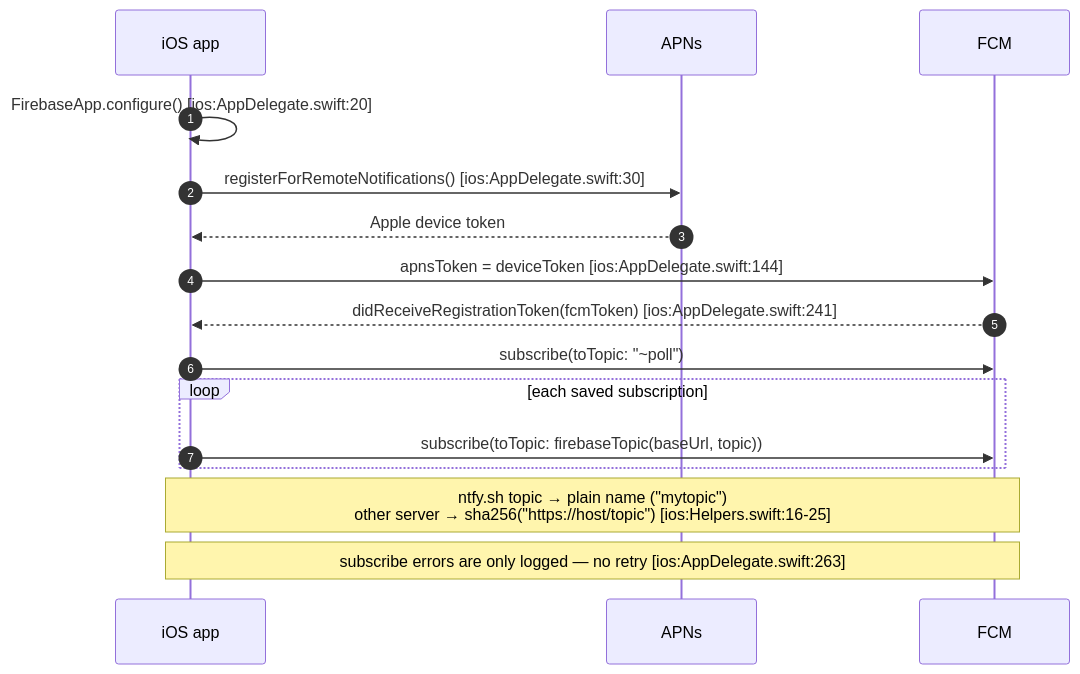
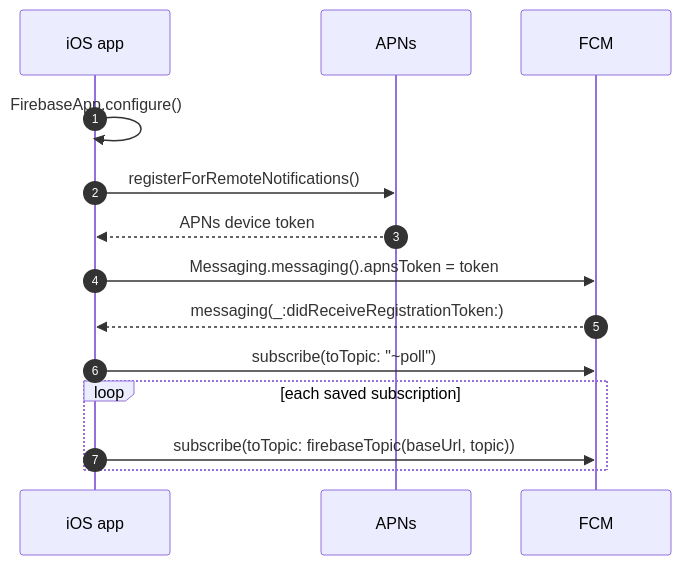
One commit to mbyrn1/ntfy-ios changed the first of 3 diagrams in docs/dev/architecture.md. Above: the diagram before and after it, drawn with Mermaid. The commit also changed other lines of this file and 3 other files, not shown here.

Commit message:
docs: keep only the code-backed push architecture, in neutral wording

````diff
--- a/docs/dev/architecture.md
+++ b/docs/dev/architecture.md
@@ -26,18 +23,16 @@
 ```mermaid
 sequenceDiagram
     autonumber
     participant App as iOS app
     participant APNs
     participant FCM
-    App->>App: FirebaseApp.configure() [ios:AppDelegate.swift:20]
-    App->>APNs: registerForRemoteNotifications() [ios:AppDelegate.swift:30]
-    APNs-->>App: Apple device token
-    App->>FCM: apnsToken = deviceToken [ios:AppDelegate.swift:144]
-    FCM-->>App: didReceiveRegistrationToken(fcmToken) [ios:AppDelegate.swift:241]
+    App->>App: FirebaseApp.configure()
+    App->>APNs: registerForRemoteNotifications()
+    APNs-->>App: APNs device token
+    App->>FCM: Messaging.messaging().apnsToken = token
+    FCM-->>App: messaging(_:didReceiveRegistrationToken:)
     App->>FCM: subscribe(toTopic: "~poll")
     loop each saved subscription
         App->>FCM: subscribe(toTopic: firebaseTopic(baseUrl, topic))
     end
-    Note over App,FCM: ntfy.sh topic → plain name ("mytopic")<br/>other server → sha256("https://host/topic") [ios:Helpers.swift:16-25]
-    Note over App,FCM: subscribe errors are only logged — no retry [ios:AppDelegate.swift:263]
 ```
````
